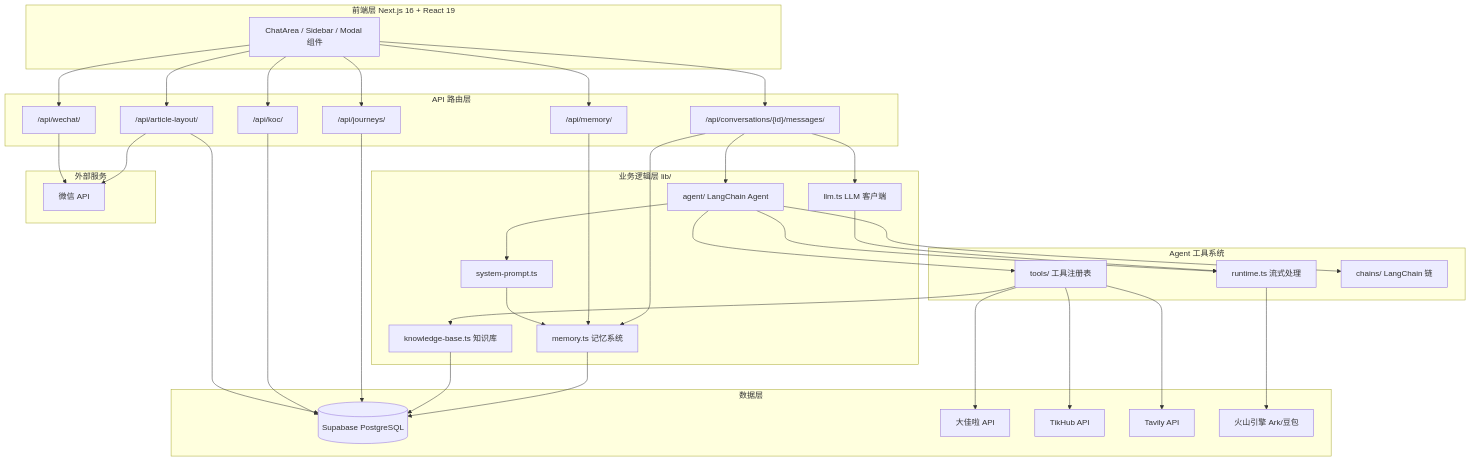
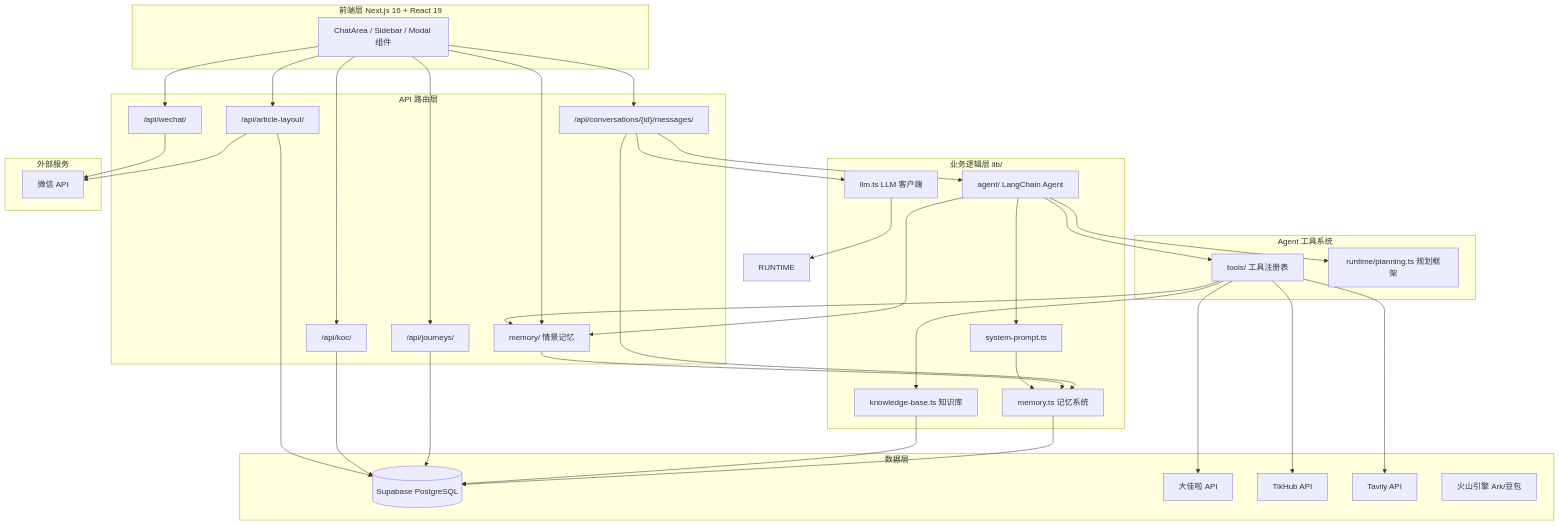
The first of 11 diagrams in ARCHITECTURE.md (huangwenxuangod/niche), drawn with Mermaid before and after one commit. The commit also changed other lines of this file and 20 other files, not shown here.

````diff
--- a/ARCHITECTURE.md
+++ b/ARCHITECTURE.md
@@ -5,77 +5,77 @@
 ```mermaid
 graph TB
     subgraph "前端层 Next.js 16 + React 19"
         UI[ChatArea / Sidebar / Modal 组件]
     end
 
     subgraph "API 路由层"
         MSG["/api/conversations/{id}/messages/"]
         JOURNEY["/api/journeys/"]
         KOC["/api/koc/"]
         LAYOUT["/api/article-layout/"]
         WECHAT["/api/wechat/"]
         MEMORY["/api/memory/"]
     end
 
     subgraph "业务逻辑层 lib/"
         LLM[llm.ts LLM 客户端]
         AGENT[agent/ LangChain Agent]
         SYSTEM[system-prompt.ts]
         MEMORY_SYS[memory.ts 记忆系统]
         KB[knowledge-base.ts 知识库]
     end
 
     subgraph "Agent 工具系统"
         TOOLS[tools/ 工具注册表]
-        RUNTIME[runtime.ts 流式处理]
-        CHAINS[chains/ LangChain 链]
+        MEMORY[memory/ 情景记忆]
+        PLANNING[runtime/planning.ts 规划框架]
     end
 
     subgraph "数据层"
         SUPABASE[(Supabase PostgreSQL)]
         DJLLA[大佳啦 API]
         TIKHUB[TikHub API]
         TAVILY[Tavily API]
         ARK[火山引擎 Ark/豆包]
     end
 
     subgraph "外部服务"
         WECHAT_EXT[微信 API]
     end
 
     UI --> MSG
     UI --> JOURNEY
     UI --> KOC
     UI --> LAYOUT
     UI --> WECHAT
     UI --> MEMORY
 
     MSG --> LLM
     MSG --> AGENT
     MSG --> MEMORY_SYS
 
     MEMORY --> MEMORY_SYS
 
     LLM --> RUNTIME
-    AGENT --> RUNTIME
     AGENT --> TOOLS
     AGENT --> SYSTEM
-    AGENT --> CHAINS
+    AGENT --> MEMORY
+    AGENT --> PLANNING
 
     SYSTEM --> MEMORY_SYS
 
-    RUNTIME --> ARK
     TOOLS --> KB
     TOOLS --> DJLLA
     TOOLS --> TIKHUB
     TOOLS --> TAVILY
+    TOOLS --> MEMORY
 
     MEMORY_SYS --> SUPABASE
     KB --> SUPABASE
     JOURNEY --> SUPABASE
     KOC --> SUPABASE
 
     LAYOUT --> SUPABASE
     LAYOUT --> WECHAT_EXT
     WECHAT --> WECHAT_EXT
 ```
````
